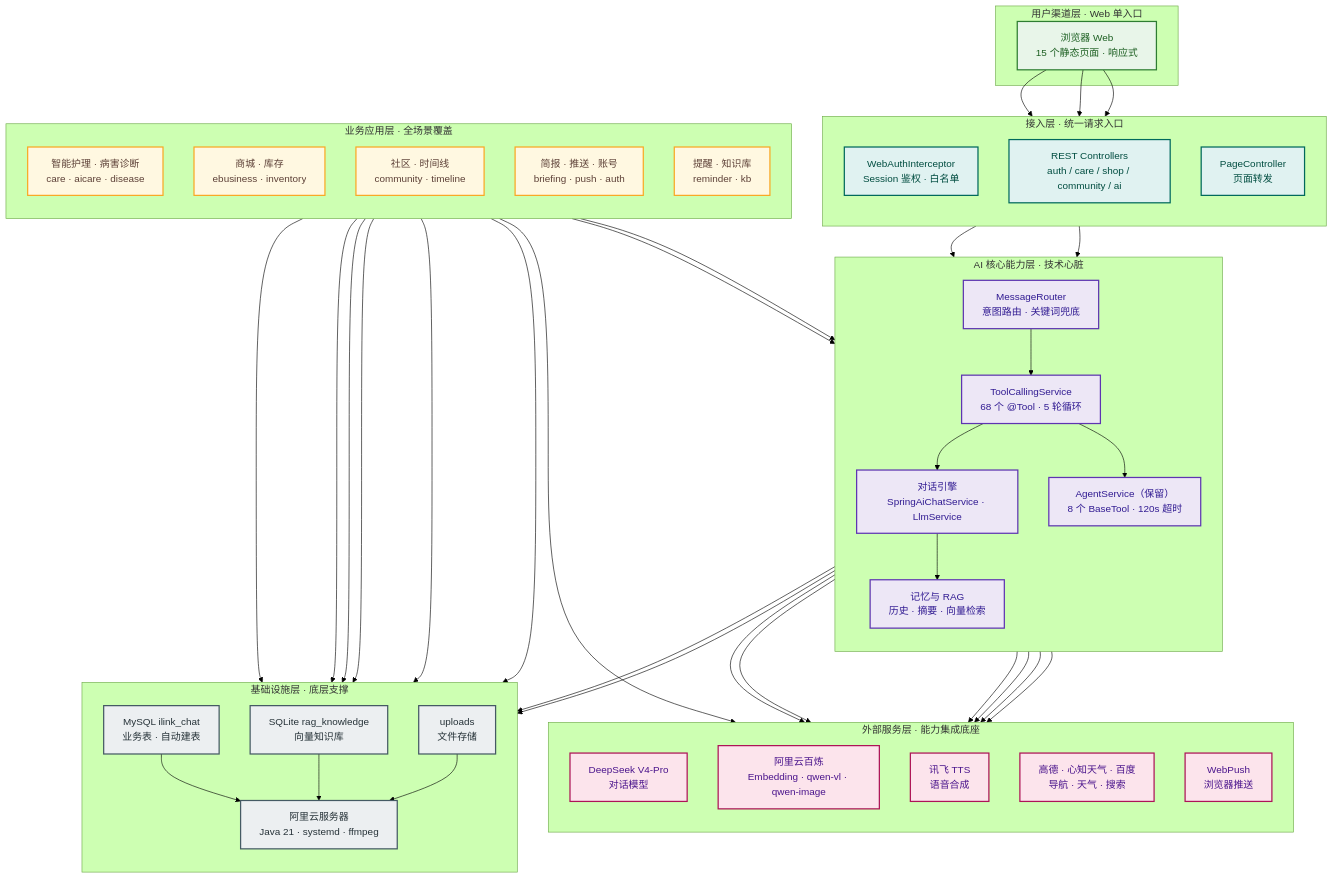
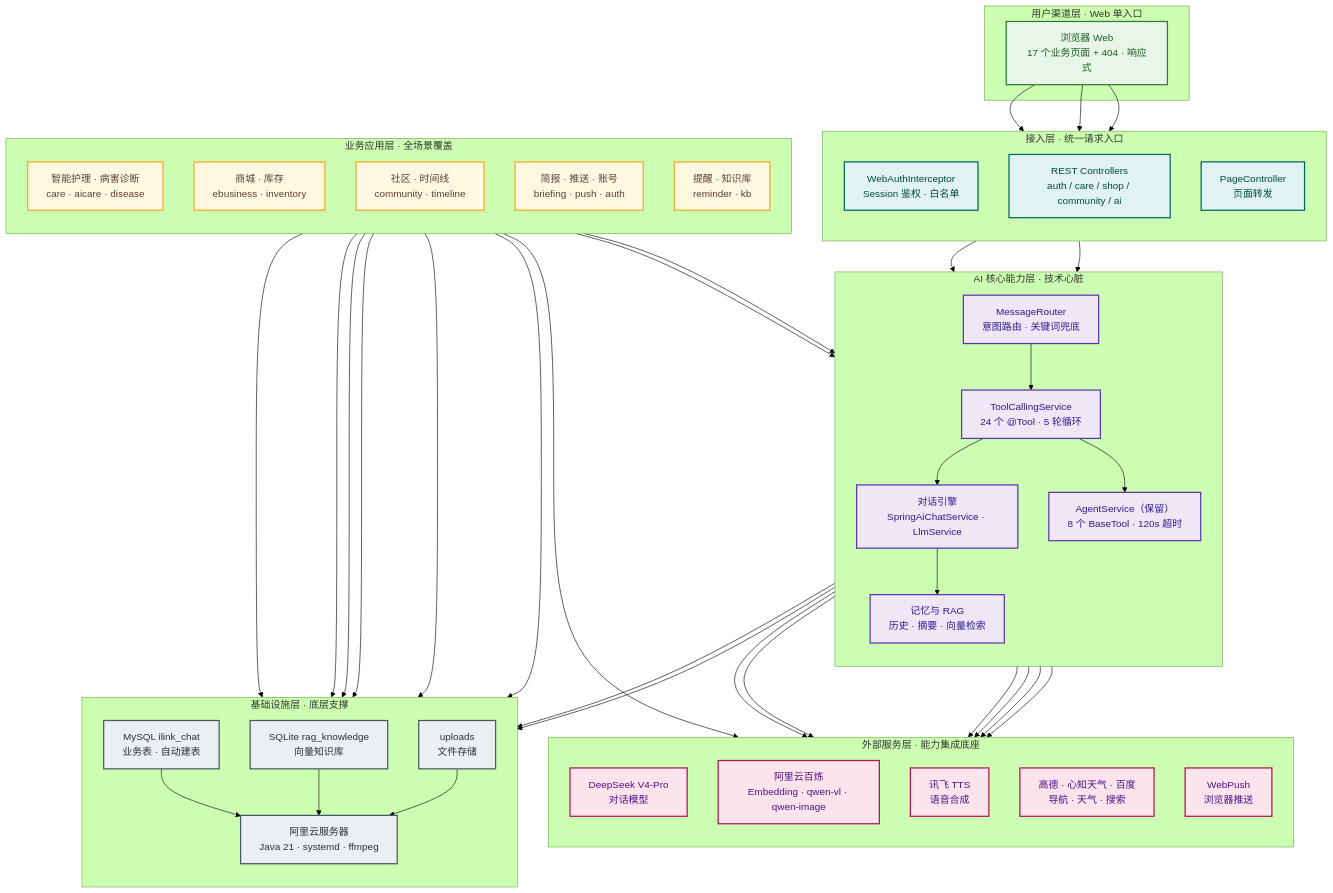
Before and after one commit to 8750shuangyue/WECHATILINK: the diagram in 落地文档/架构图-六层解耦.md, drawn with Mermaid (forest theme). The commit also changed other lines of this file and 32 other files, not shown here.

```diff
--- a/落地文档/架构图-六层解耦.md
+++ b/落地文档/架构图-六层解耦.md
@@ -12,7 +12,7 @@
     classDef inf  fill:#eceff1,stroke:#455a64,stroke-width:2px,color:#263238
 
     subgraph CH["用户渠道层 · Web 单入口"]
-        WEB["浏览器 Web<br/>15 个静态页面 · 响应式"]
+        WEB["浏览器 Web<br/>17 个业务页面 + 404 · 响应式"]
     end
 
     subgraph GT["接入层 · 统一请求入口"]
@@ -35,7 +35,7 @@
         direction TB
         A1["对话引擎<br/>SpringAiChatService · LlmService"]
         A2["MessageRouter<br/>意图路由 · 关键词兜底"]
-        A3["ToolCallingService<br/>68 个 @Tool · 5 轮循环"]
+        A3["ToolCallingService<br/>24 个 @Tool · 5 轮循环"]
         A4["AgentService（保留）<br/>8 个 BaseTool · 120s 超时"]
         A5["记忆与 RAG<br/>历史 · 摘要 · 向量检索"]
     end
```
